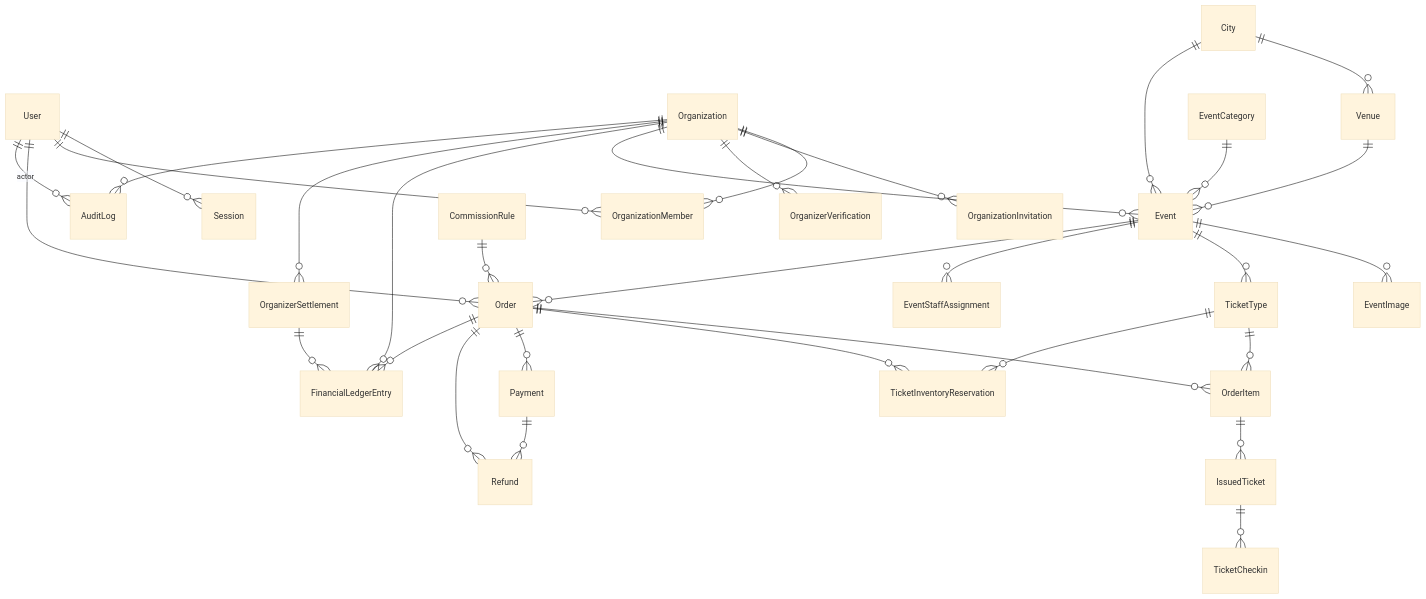
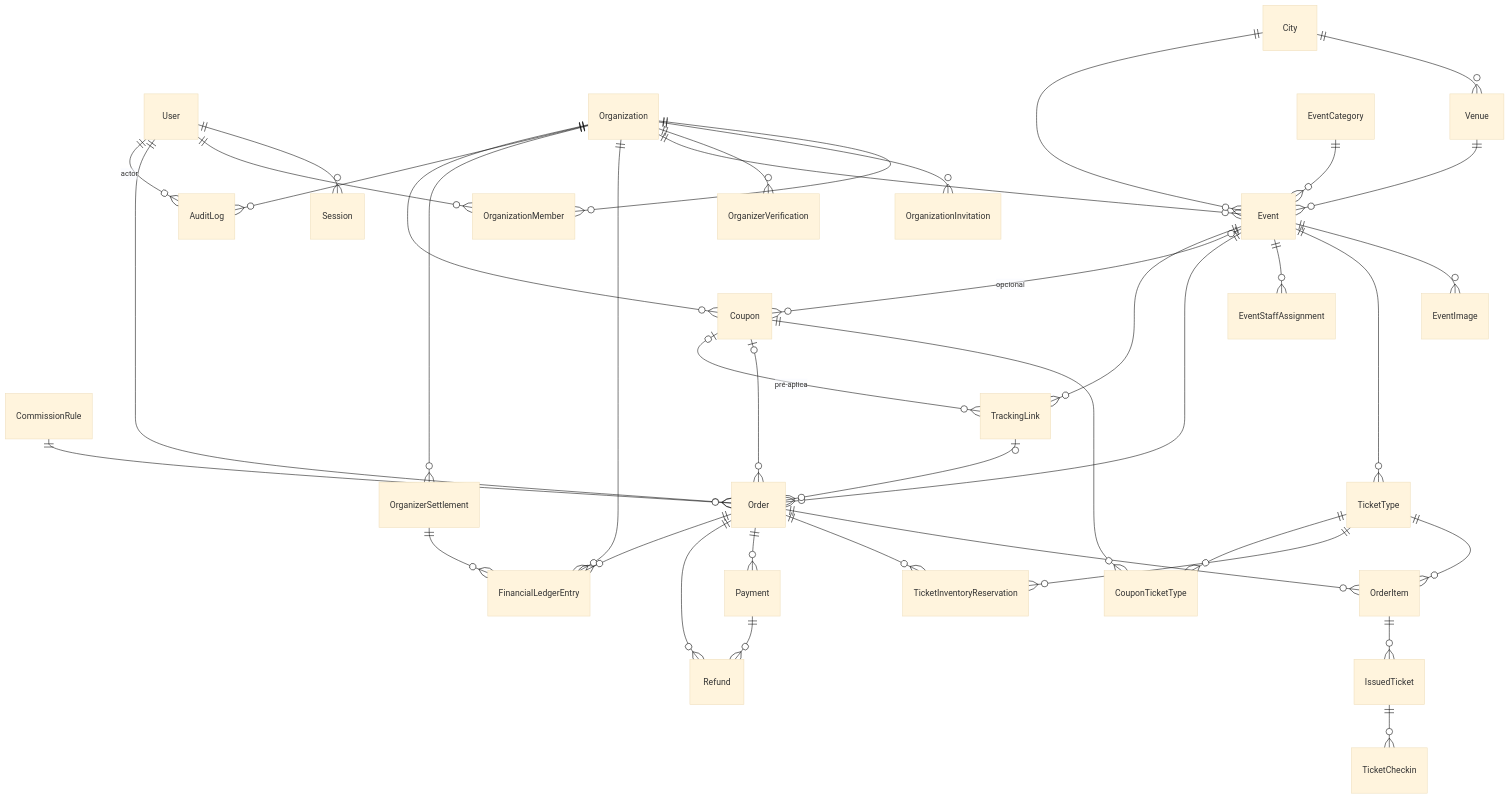
One commit to octvlx/evento-brasil changed the diagram in docs/database.md. Above: the diagram before and after it, drawn with Mermaid (base theme). The commit also changed other lines of this file and 5 other files, not shown here.

First line of the commit message:
Schema de cupons e links rastreados (ADR 0002, passo 1)

````diff
--- a/docs/database.md
+++ b/docs/database.md
@@ -13,34 +13,42 @@
 ```mermaid
 erDiagram
   User ||--o{ Session : ""
   User ||--o{ OrganizationMember : ""
   Organization ||--o{ OrganizationMember : ""
   Organization ||--o{ OrganizationInvitation : ""
   Organization ||--o{ OrganizerVerification : ""
   Organization ||--o{ Event : ""
   City ||--o{ Venue : ""
   City ||--o{ Event : ""
   EventCategory ||--o{ Event : ""
   Venue ||--o{ Event : ""
   Event ||--o{ EventImage : ""
   Event ||--o{ TicketType : ""
   Event ||--o{ EventStaffAssignment : ""
   User ||--o{ Order : ""
   Event ||--o{ Order : ""
   Order ||--o{ OrderItem : ""
   Order ||--o{ TicketInventoryReservation : ""
   TicketType ||--o{ OrderItem : ""
   TicketType ||--o{ TicketInventoryReservation : ""
   Order ||--o{ Payment : ""
   Order ||--o{ Refund : ""
   Payment ||--o{ Refund : ""
   OrderItem ||--o{ IssuedTicket : ""
   IssuedTicket ||--o{ TicketCheckin : ""
   CommissionRule ||--o{ Order : ""
   Organization ||--o{ FinancialLedgerEntry : ""
   Order ||--o{ FinancialLedgerEntry : ""
   Organization ||--o{ OrganizerSettlement : ""
   OrganizerSettlement ||--o{ FinancialLedgerEntry : ""
   User ||--o{ AuditLog : "actor"
   Organization ||--o{ AuditLog : ""
+  Organization ||--o{ Coupon : ""
+  Event |o--o{ Coupon : "opcional"
+  Coupon ||--o{ CouponTicketType : ""
+  TicketType ||--o{ CouponTicketType : ""
+  Coupon |o--o{ Order : ""
+  Event ||--o{ TrackingLink : ""
+  Coupon |o--o{ TrackingLink : "pré-aplica"
+  TrackingLink |o--o{ Order : ""
 ```
````
